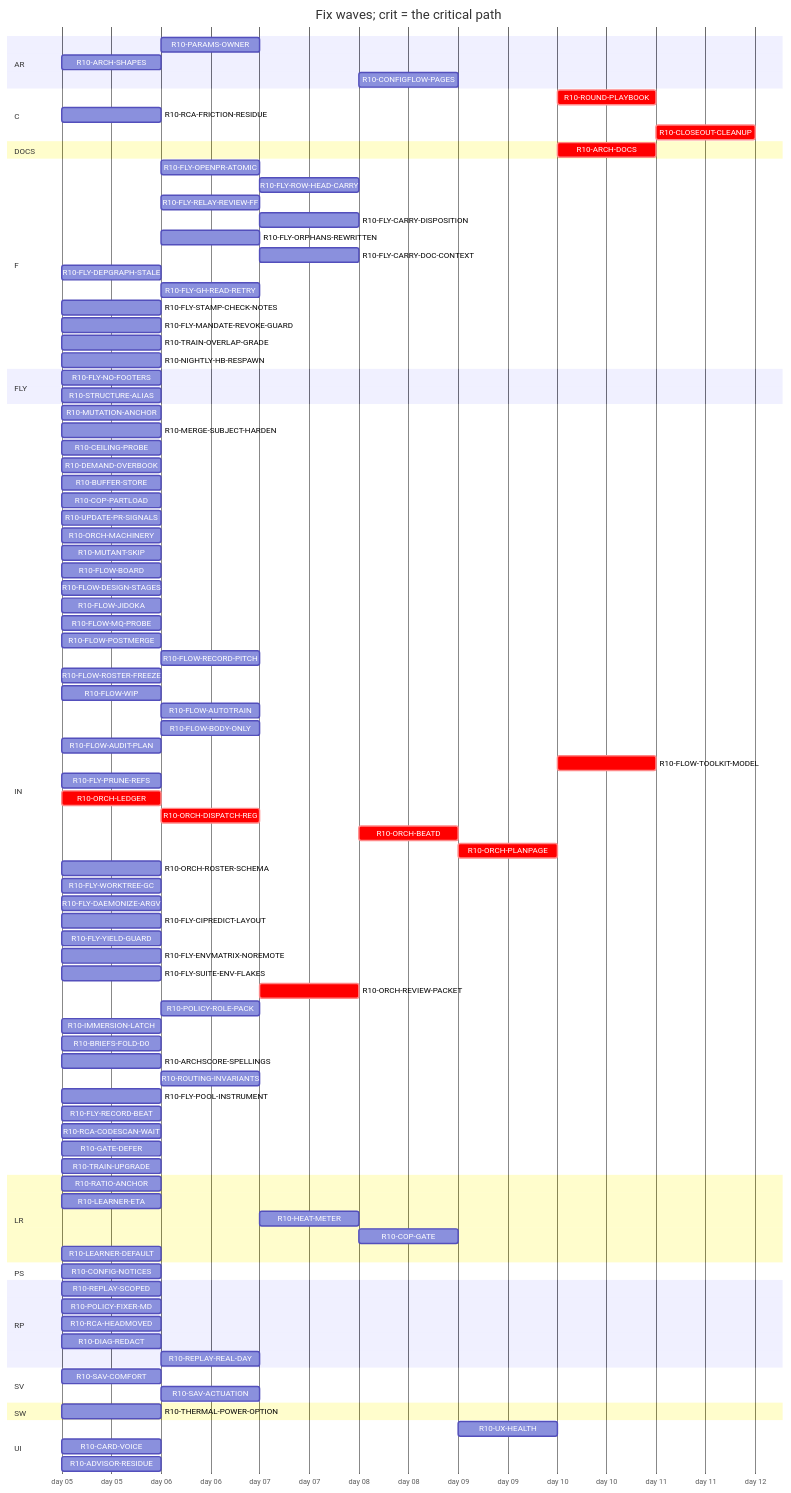
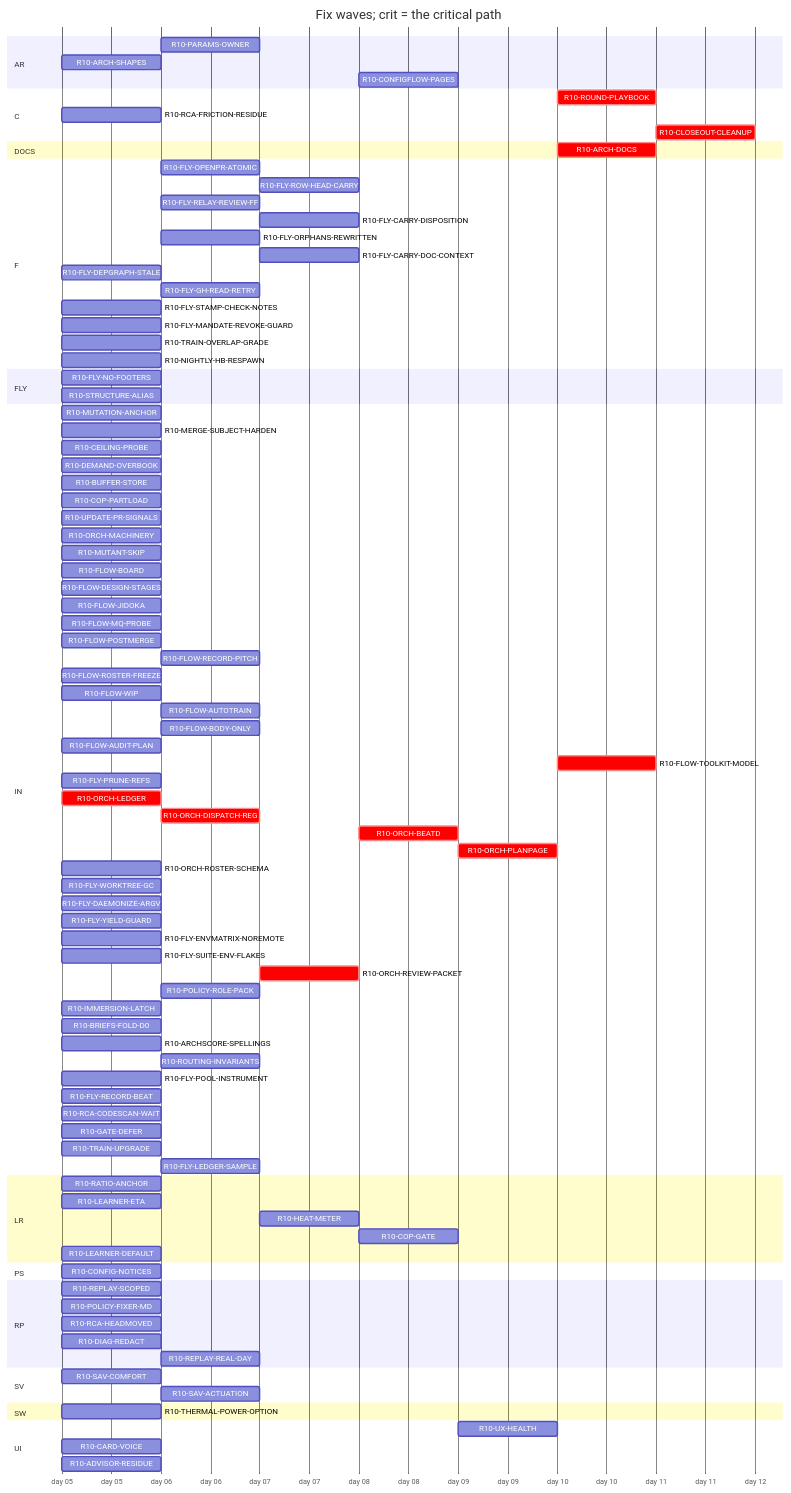
One commit to tvofi/heatpump_optimizer changed the diagram in handoff/round10/state/PLAN-TABLE.md. Above: the diagram before and after it, drawn with Mermaid. The commit also changed other lines of this file and 2 other files, not shown here.

```diff
--- a/handoff/round10/state/PLAN-TABLE.md
+++ b/handoff/round10/state/PLAN-TABLE.md
@@ -36,7 +36,7 @@
     R10-RCA-FRICTION-RESIDUE :r10RCAFRICTIONRESIDUE, 2026-01-05, 1d
     R10-CLOSEOUT-CLEANUP :crit, r10CLOSEOUTCLEANUP, after r10FLYPRUNEREFS r10FLYWORKTREEGC r10ARCHDOCS r10ROUNDPLAYBOOK, 1d
   section DOCS
-    R10-ARCH-DOCS :crit, r10ARCHDOCS, after r10RATIOANCHOR r10CONFIGNOTICES r10PARAMSOWNER r10ARCHSHAPES r10LEARNERETA r10HEATMETER r10COPGATE r10UXHEALTH r10CONFIGFLOWPAGES r10REPLAYSCOPED r10POLICYFIXERMD r10RCAHEADMOVED r10SAVCOMFORT r10MUTATIONANCHOR r10MERGESUBJECTHARDEN r10CEILINGPROBE r10DEMANDOVERBOOK r10BUFFERSTORE r10COPPARTLOAD r10UPDATEPRSIGNALS r10CARDVOICE r10THERMALPOWEROPTION r10LEARNERDEFAULT r10MUTANTSKIP r10FLOWBOARD r10FLOWDESIGNSTAGES r10FLOWJIDOKA r10FLOWMQPROBE r10FLOWPOSTMERGE r10FLOWRECORDPITCH r10FLOWROSTERFREEZE r10FLOWWIP r10FLOWAUTOTRAIN r10FLOWBODYONLY r10FLYOPENPRATOMIC r10FLYROWHEADCARRY r10FLOWAUDITPLAN r10FLYRELAYREVIEWFF r10FLYCARRYDISPOSITION r10FLYORPHANSREWRITTEN r10FLYCARRYDOCCONTEXT r10FLYDEPGRAPHSTALE r10FLOWTOOLKITMODEL r10FLYSTAMPCHECKNOTES r10FLYMANDATEREVOKEGUARD r10RCAFRICTIONRESIDUE r10TRAINOVERLAPGRADE r10NIGHTLYHBRESPAWN r10FLYPRUNEREFS r10ORCHLEDGER r10ORCHDISPATCHREG r10ORCHBEATD r10ORCHPLANPAGE r10ORCHROSTERSCHEMA r10FLYWORKTREEGC r10FLYDAEMONIZEARGV r10FLYCIPREDICTLAYOUT r10FLYYIELDGUARD r10FLYENVMATRIXNOREMOTE r10STRUCTUREALIAS r10ORCHREVIEWPACKET r10POLICYROLEPACK r10IMMERSIONLATCH r10DIAGREDACT r10ADVISORRESIDUE r10BRIEFSFOLDD0 r10REPLAYREALDAY r10ARCHSCORESPELLINGS r10ROUTINGINVARIANTS r10SAVACTUATION r10FLYPOOLINSTRUMENT r10FLYRECORDBEAT r10RCACODESCANWAIT r10GATEDEFER r10TRAINUPGRADE, 1d
+    R10-ARCH-DOCS :crit, r10ARCHDOCS, after r10RATIOANCHOR r10CONFIGNOTICES r10PARAMSOWNER r10ARCHSHAPES r10LEARNERETA r10HEATMETER r10COPGATE r10UXHEALTH r10CONFIGFLOWPAGES r10REPLAYSCOPED r10POLICYFIXERMD r10RCAHEADMOVED r10SAVCOMFORT r10MUTATIONANCHOR r10MERGESUBJECTHARDEN r10CEILINGPROBE r10DEMANDOVERBOOK r10BUFFERSTORE r10COPPARTLOAD r10UPDATEPRSIGNALS r10CARDVOICE r10THERMALPOWEROPTION r10LEARNERDEFAULT r10MUTANTSKIP r10FLOWBOARD r10FLOWDESIGNSTAGES r10FLOWJIDOKA r10FLOWMQPROBE r10FLOWPOSTMERGE r10FLOWRECORDPITCH r10FLOWROSTERFREEZE r10FLOWWIP r10FLOWAUTOTRAIN r10FLOWBODYONLY r10FLYOPENPRATOMIC r10FLYROWHEADCARRY r10FLOWAUDITPLAN r10FLYRELAYREVIEWFF r10FLYCARRYDISPOSITION r10FLYORPHANSREWRITTEN r10FLYCARRYDOCCONTEXT r10FLYDEPGRAPHSTALE r10FLOWTOOLKITMODEL r10FLYSTAMPCHECKNOTES r10FLYMANDATEREVOKEGUARD r10RCAFRICTIONRESIDUE r10TRAINOVERLAPGRADE r10NIGHTLYHBRESPAWN r10FLYPRUNEREFS r10ORCHLEDGER r10ORCHDISPATCHREG r10ORCHBEATD r10ORCHPLANPAGE r10ORCHROSTERSCHEMA r10FLYWORKTREEGC r10FLYDAEMONIZEARGV r10FLYYIELDGUARD r10FLYENVMATRIXNOREMOTE r10STRUCTUREALIAS r10ORCHREVIEWPACKET r10POLICYROLEPACK r10IMMERSIONLATCH r10DIAGREDACT r10ADVISORRESIDUE r10BRIEFSFOLDD0 r10REPLAYREALDAY r10ARCHSCORESPELLINGS r10ROUTINGINVARIANTS r10SAVACTUATION r10FLYPOOLINSTRUMENT r10FLYRECORDBEAT r10RCACODESCANWAIT r10GATEDEFER r10TRAINUPGRADE r10FLYLEDGERSAMPLE, 1d
   section F
     R10-FLY-OPENPR-ATOMIC :r10FLYOPENPRATOMIC, after r10UPDATEPRSIGNALS, 1d
     R10-FLY-ROW-HEAD-CARRY :r10FLYROWHEADCARRY, after r10FLYOPENPRATOMIC r10FLOWMQPROBE, 1d
@@ -83,7 +83,6 @@
     R10-ORCH-ROSTER-SCHEMA :r10ORCHROSTERSCHEMA, 2026-01-05, 1d
     R10-FLY-WORKTREE-GC :r10FLYWORKTREEGC, 2026-01-05, 1d
     R10-FLY-DAEMONIZE-ARGV :r10FLYDAEMONIZEARGV, 2026-01-05, 1d
-    R10-FLY-CIPREDICT-LAYOUT :r10FLYCIPREDICTLAYOUT, 2026-01-05, 1d
     R10-FLY-YIELD-GUARD :r10FLYYIELDGUARD, 2026-01-05, 1d
     R10-FLY-ENVMATRIX-NOREMOTE :r10FLYENVMATRIXNOREMOTE, 2026-01-05, 1d
     R10-FLY-SUITE-ENV-FLAKES :r10FLYSUITEENVFLAKES, 2026-01-05, 1d
@@ -98,6 +97,7 @@
     R10-RCA-CODESCAN-WAIT :r10RCACODESCANWAIT, 2026-01-05, 1d
     R10-GATE-DEFER :r10GATEDEFER, 2026-01-05, 1d
     R10-TRAIN-UPGRADE :r10TRAINUPGRADE, 2026-01-05, 1d
+    R10-FLY-LEDGER-SAMPLE :r10FLYLEDGERSAMPLE, after r10MUTATIONANCHOR, 1d
   section LR
     R10-RATIO-ANCHOR :r10RATIOANCHOR, 2026-01-05, 1d
     R10-LEARNER-ETA :r10LEARNERETA, 2026-01-05, 1d
```
